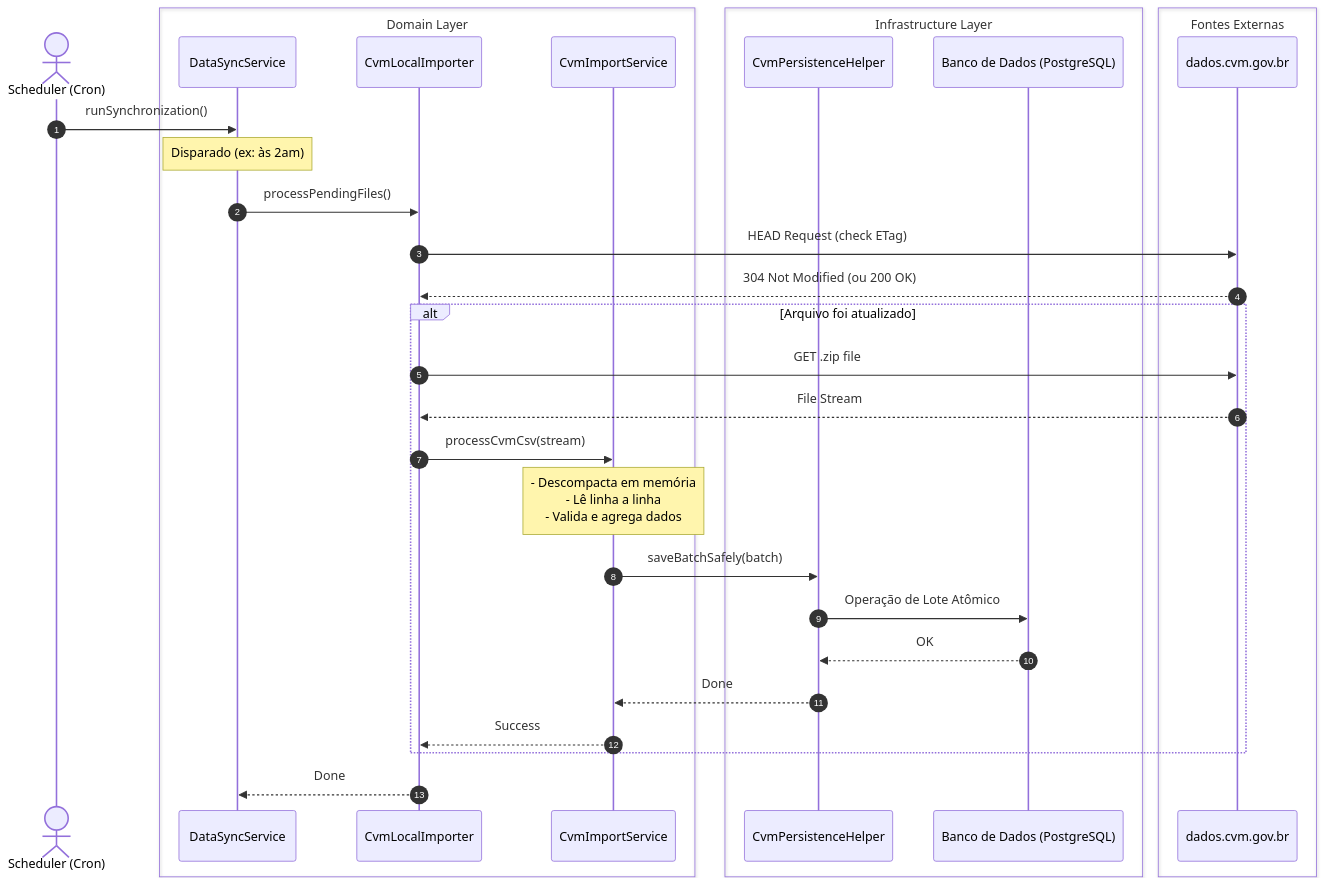
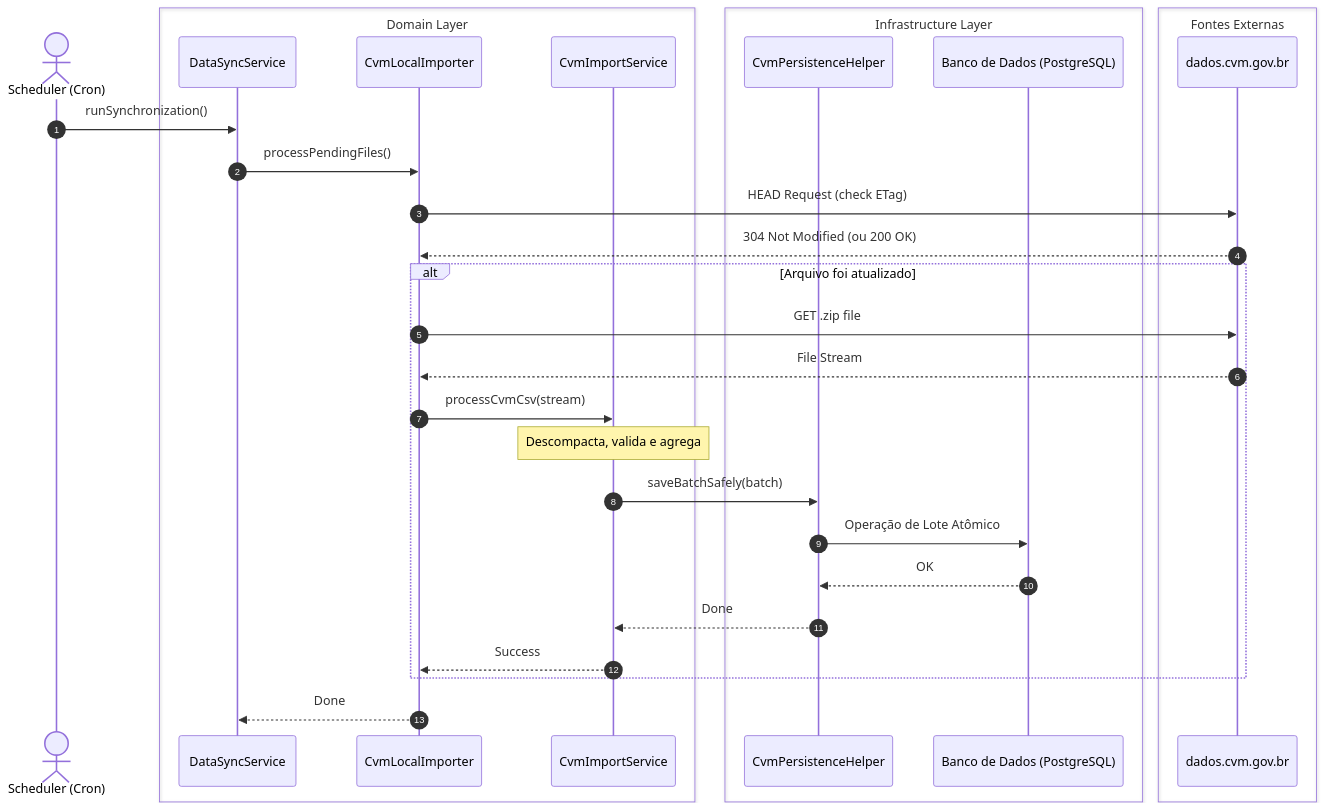
One commit to RaphaelFeijoSalles/acoes-ja-showcase changed the second of 2 diagrams in README.md. Above: the diagram before and after it, drawn with Mermaid. The commit also changed other lines of this file and 1 other file, not shown here.

````diff
--- a/README.md
+++ b/README.md
@@ -115,45 +136,34 @@
 ```mermaid
 sequenceDiagram
     autonumber
     actor Cron as Scheduler (Cron)
-    
     box Domain Layer
         participant Sync as DataSyncService
         participant Local as CvmLocalImporter
         participant ImportSvc as CvmImportService
     end
-    
     box Infrastructure Layer
         participant Helper as CvmPersistenceHelper
         participant DB as Banco de Dados (PostgreSQL)
     end
-
     box Fontes Externas
         participant CVM as dados.cvm.gov.br
     end
 
     Cron->>Sync: runSynchronization()
-    Note over Sync: Disparado (ex: às 2am)
-    
     Sync->>Local: processPendingFiles()
-    
     Local->>CVM: HEAD Request (check ETag)
     CVM-->>Local: 304 Not Modified (ou 200 OK)
-    
     alt Arquivo foi atualizado
         Local->>CVM: GET .zip file
         CVM-->>Local: File Stream
-        
         Local->>ImportSvc: processCvmCsv(stream)
-        Note over ImportSvc: - Descompacta em memória<br/>- Lê linha a linha<br/>- Valida e agrega dados
-        
+        Note over ImportSvc: Descompacta, valida e agrega
         ImportSvc->>Helper: saveBatchSafely(batch)
         Helper->>DB: Operação de Lote Atômico
         DB-->>Helper: OK
         Helper-->>ImportSvc: Done
-        
         ImportSvc-->>Local: Success
     end
-    
     Local-->>Sync: Done
 ```
````
